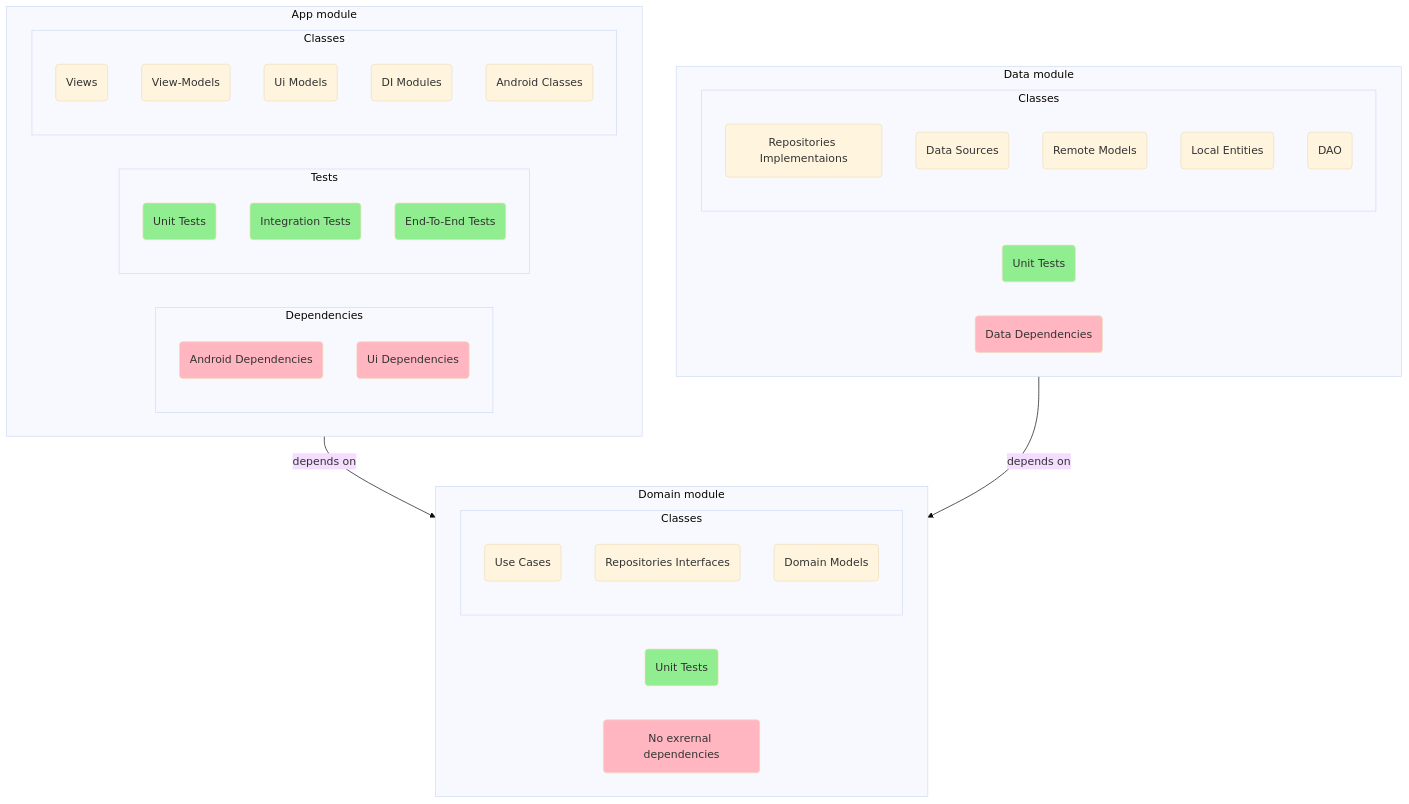
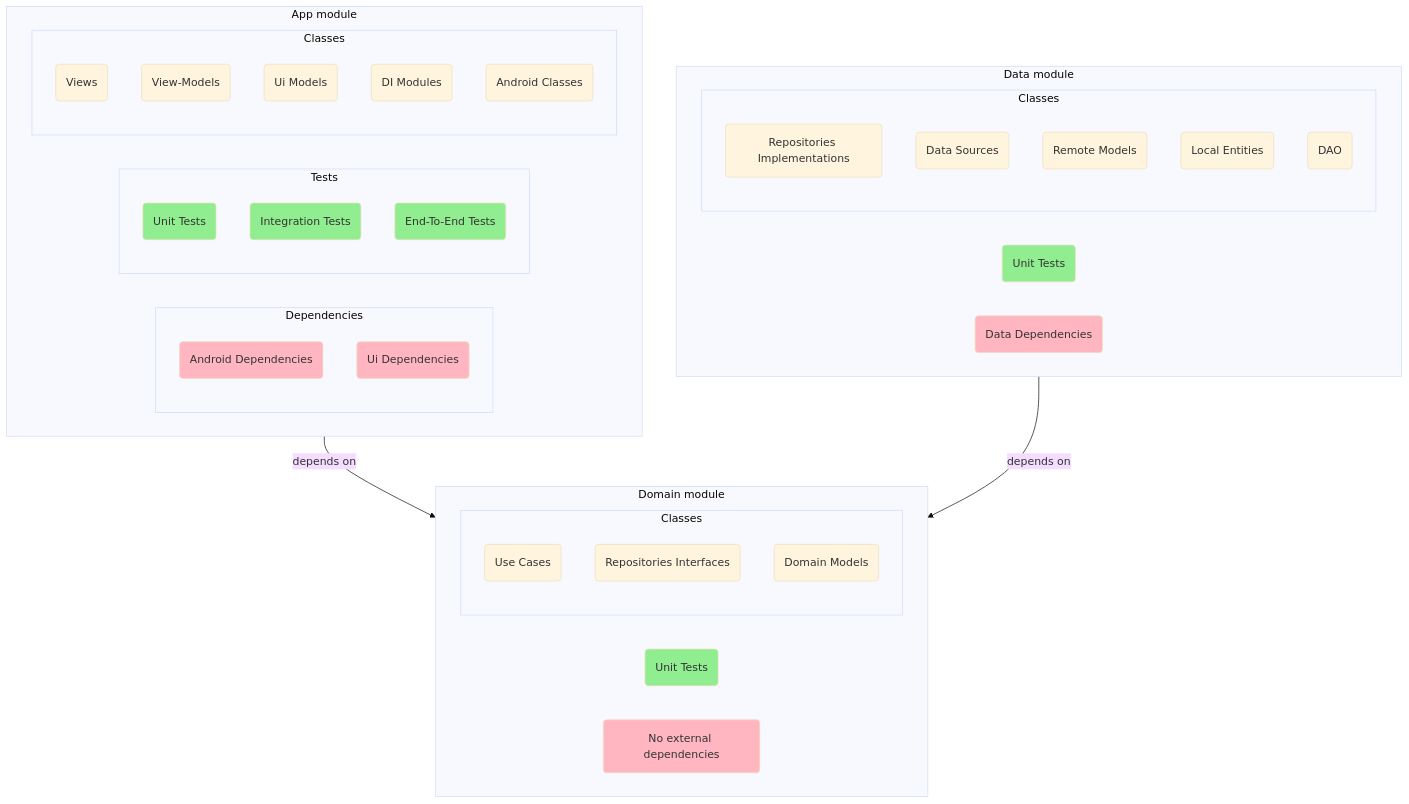
One commit to AntonShapovalov/Clean-Architecture-Android changed the diagram in README.md. Above: the diagram before and after it, drawn with Mermaid (base theme).

````diff
--- a/README.md
+++ b/README.md
@@ -40,57 +40,57 @@
 ```mermaid
 graph TD
     subgraph APP[App module]
         direction LR
         subgraph AppDependencies[Dependencies]
             direction TB
             AndroidDependencies(Android Dependencies):::red
             UiDependencies(Ui Dependencies):::red
         end
         subgraph AppTests[Tests]
             direction TB
             AppUnitTests(Unit Tests):::green
             IntegrationTests(Integration Tests):::green
             E2ETests(End-To-End Tests):::green
         end
         subgraph AppClasses[Classes]
             direction TB
             Views(Views)
             ViewModels(View-Models)
             UiModels(Ui Models)
             DI(DI Modules)
             Android(Android Classes)
         end
     end
 
     subgraph DOMAIN[Domain module]
         direction LR
         subgraph DomainClasses[Classes]
             direction TB
             UseCases(Use Cases)
             Repositories(Repositories Interfaces)
             DomainModels(Domain Models)
         end
         DomainUnitTests(Unit Tests):::green
-        DomainDependencies(No exrernal dependencies):::red
+        DomainDependencies(No external dependencies):::red
     end
 
     subgraph DATA[Data module]
         direction LR
         DataClassesTests(Unit Tests):::green
         DataDependencies(Data Dependencies):::red
         subgraph DataClasses[Classes]
             direction TB
-            RepositoriesImpl(Repositories Implementaions)
+            RepositoriesImpl(Repositories Implementations)
             DataSources(Data Sources)
             RemoteModels(Remote Models)
             LocalModels(Local Entities)
             DAO(DAO)
         end
     end
 
     APP--depends on-->DOMAIN
     DATA--depends on-->DOMAIN
     
     classDef green fill:#90EE90
     classDef red fill:#FFB6C1
 ```
````
